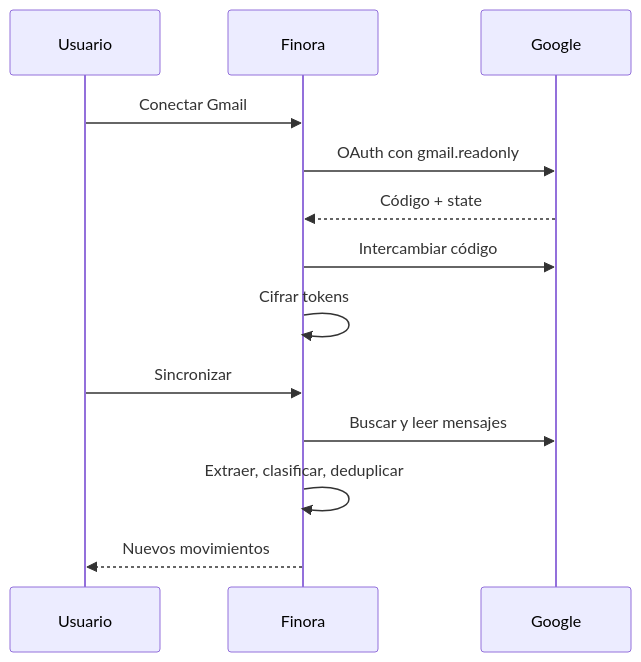
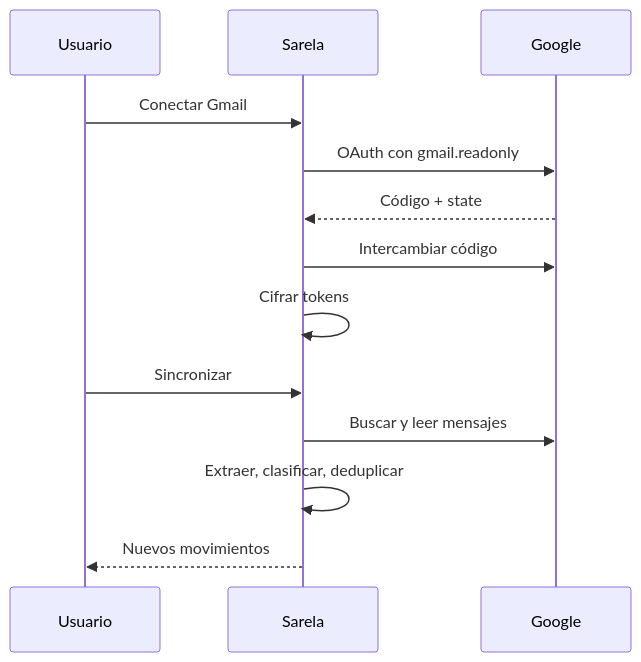
Before and after one commit to romariorodriv/finora: the second of 2 diagrams in docs/ARQUITECTURA.md, drawn with Mermaid. The commit also changed other lines of this file and 15 other files, not shown here.

Commit message:
feat: rebrand Finora to Sarela and improve onboarding UX

````diff
--- a/docs/ARQUITECTURA.md
+++ b/docs/ARQUITECTURA.md
@@ -21,15 +21,15 @@
 ```mermaid
 sequenceDiagram
     participant U as Usuario
-    participant F as Finora
+    participant F as Sarela
     participant G as Google
     U->>F: Conectar Gmail
     F->>G: OAuth con gmail.readonly
     G-->>F: Código + state
     F->>G: Intercambiar código
     F->>F: Cifrar tokens
     U->>F: Sincronizar
     F->>G: Buscar y leer mensajes
     F->>F: Extraer, clasificar, deduplicar
     F-->>U: Nuevos movimientos
 ```
````
